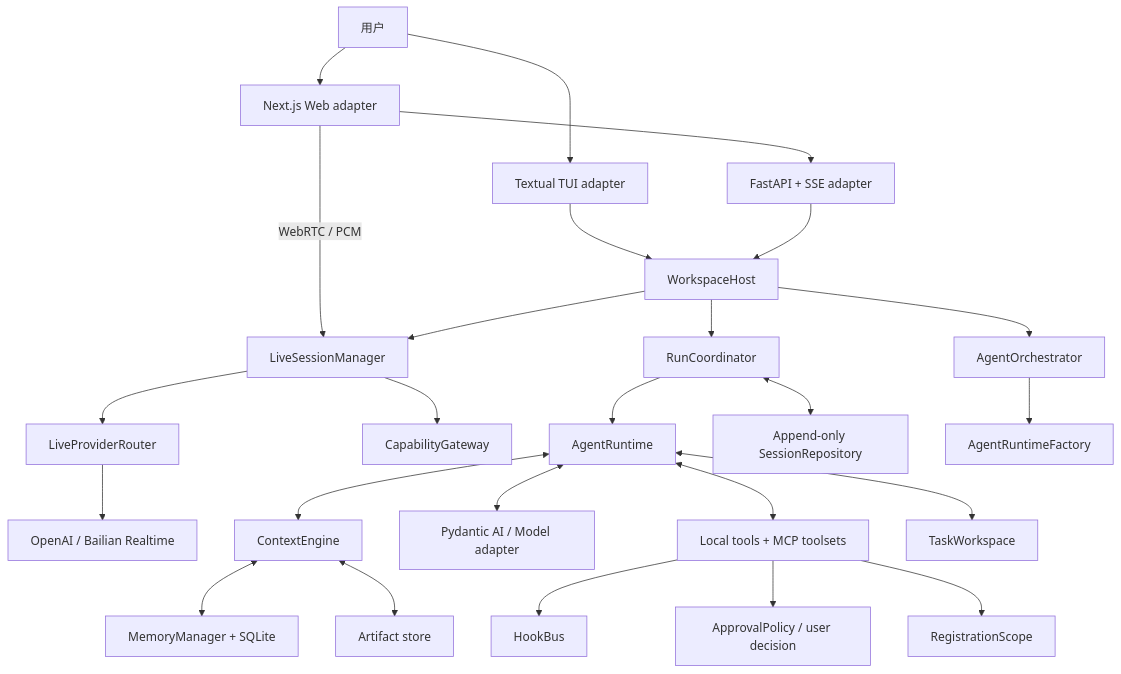
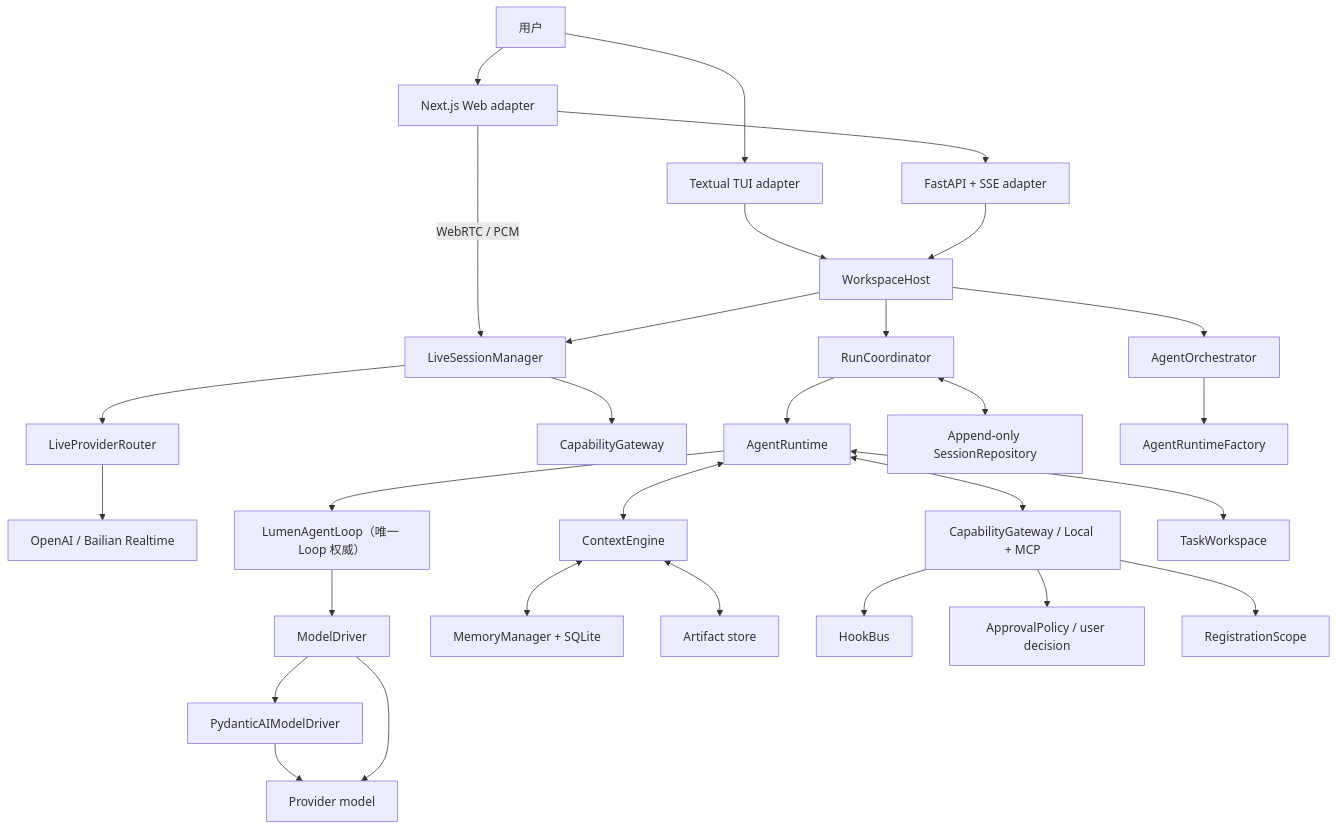
One commit to JasonYZzz/lumen changed the diagram in docs/architecture-guide/01-system-overview.md. Above: the diagram before and after it, drawn with Mermaid. The commit also changed other lines of this file and 279 other files, not shown here.

````diff
--- a/docs/architecture-guide/01-system-overview.md
+++ b/docs/architecture-guide/01-system-overview.md
@@ -5,31 +5,35 @@
 ```mermaid
 flowchart TB
     User["用户"] --> TUI["Textual TUI adapter"]
     User --> Web["Next.js Web adapter"]
     Web --> API["FastAPI + SSE adapter"]
     Web -->|"WebRTC / PCM"| Live
     TUI --> Host["WorkspaceHost"]
     API --> Host
     Host --> Live["LiveSessionManager"]
     Live --> Router["LiveProviderRouter"]
     Router --> Realtime["OpenAI / Bailian Realtime"]
     Live --> Gateway["CapabilityGateway"]
 
     Host --> Coordinator["RunCoordinator"]
     Coordinator --> Runtime["AgentRuntime"]
     Runtime <--> Context["ContextEngine"]
-    Runtime <--> Model["Pydantic AI / Model adapter"]
-    Runtime <--> Tools["Local tools + MCP toolsets"]
+    Runtime --> Native["LumenAgentLoop（唯一 Loop 权威）"]
+    Native --> Driver["ModelDriver"]
+    Driver --> PydanticDriver["PydanticAIModelDriver"]
+    PydanticDriver --> Model["Provider model"]
+    Driver --> Model
+    Runtime <--> Tools["CapabilityGateway / Local + MCP"]
 
     Context <--> Memory["MemoryManager + SQLite"]
     Context <--> Artifacts["Artifact store"]
     Coordinator <--> Sessions["Append-only SessionRepository"]
 
     Host --> Orchestrator["AgentOrchestrator"]
     Orchestrator --> ChildRuntime["AgentRuntimeFactory"]
     Runtime <--> Workspace["TaskWorkspace"]
 
     Tools --> Hooks["HookBus"]
     Tools --> Approval["ApprovalPolicy / user decision"]
     Tools --> Scope["RegistrationScope"]
 ```
````
